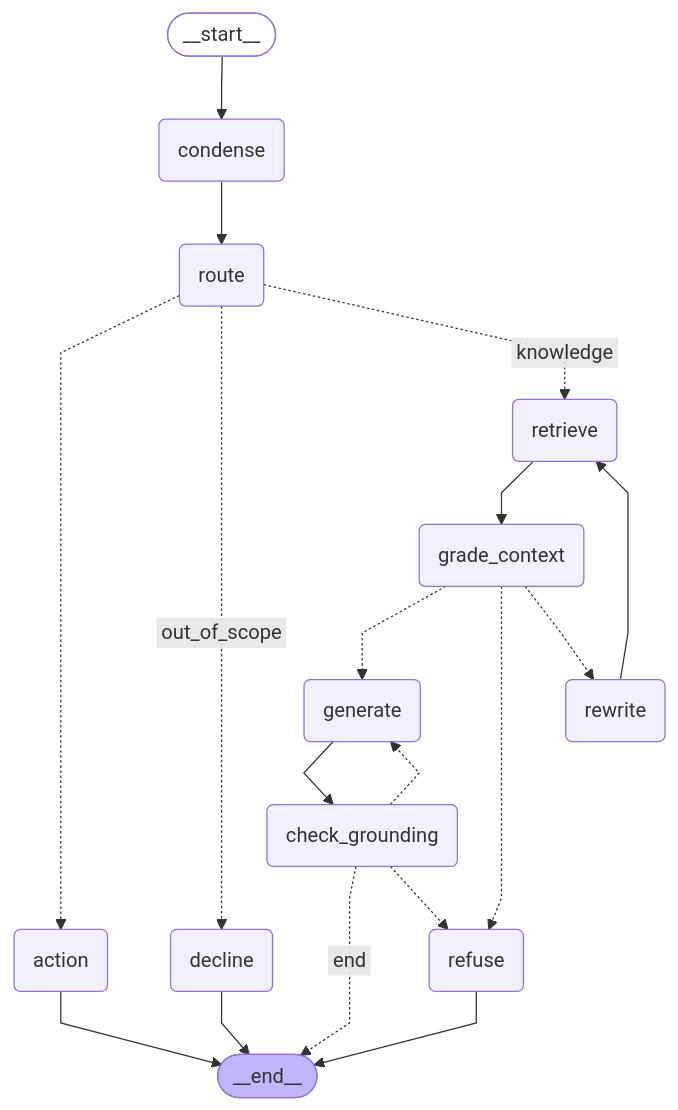
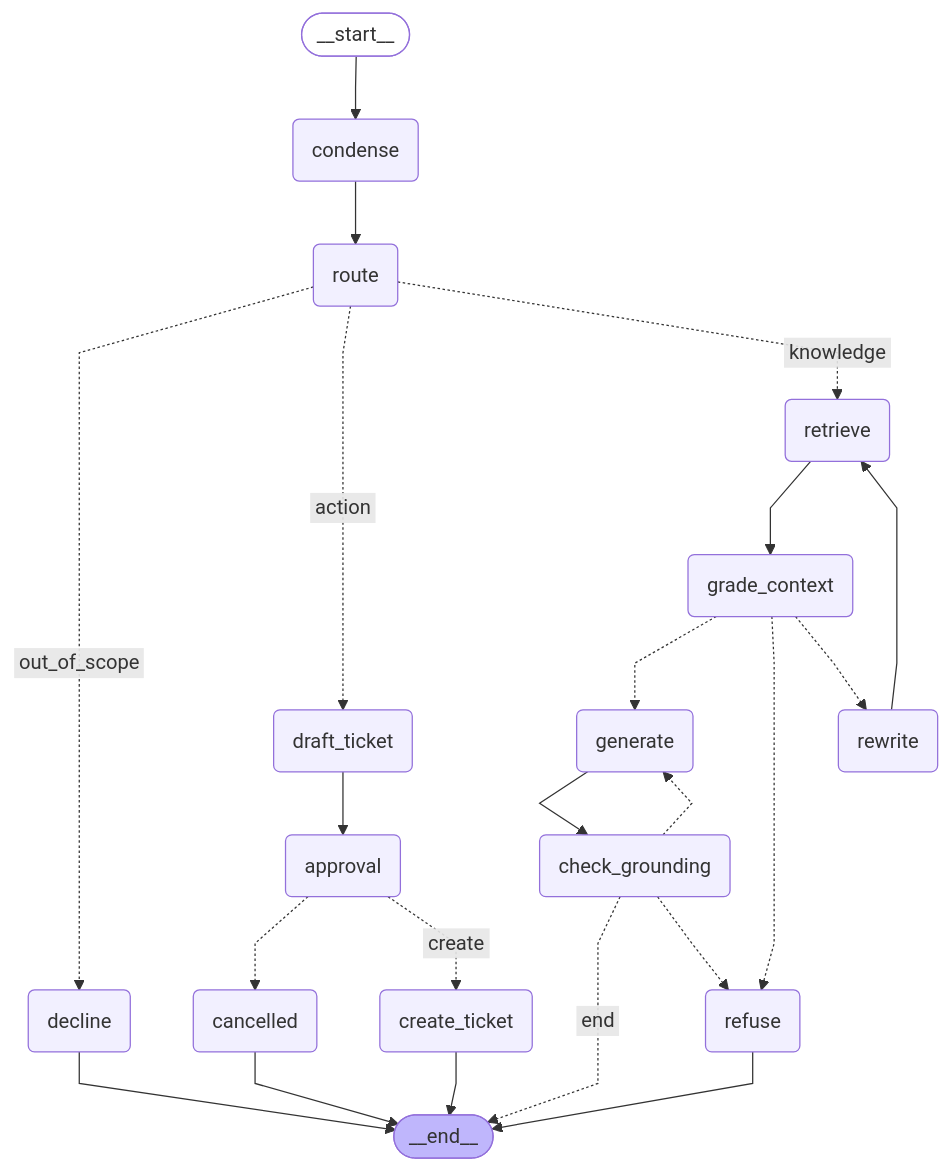
The diagram in docs/graph.mmd (DevBachani/securerag), drawn with Mermaid before and after one commit. The commit also changed 11 other files, not shown here.

First line of the commit message:
feat(agent): ticket tool with human-in-the-loop approval

```diff
--- a/docs/graph.mmd
+++ b/docs/graph.mmd
@@ -1,38 +1,45 @@
 ---
 config:
   flowchart:
     curve: linear
 ---
 graph TD;
 	__start__([<p>__start__</p>]):::first
 	condense(condense)
 	route(route)
 	retrieve(retrieve)
 	grade_context(grade_context)
 	rewrite(rewrite)
 	generate(generate)
 	check_grounding(check_grounding)
 	refuse(refuse)
 	decline(decline)
-	action(action)
+	draft_ticket(draft_ticket)
+	approval(approval)
+	create_ticket(create_ticket)
+	cancelled(cancelled)
 	__end__([<p>__end__</p>]):::last
 	__start__ --> condense;
+	approval -.-> cancelled;
+	approval -. &nbsp;create&nbsp; .-> create_ticket;
 	check_grounding -. &nbsp;end&nbsp; .-> __end__;
 	check_grounding -.-> generate;
 	check_grounding -.-> refuse;
 	condense --> route;
+	draft_ticket --> approval;
 	generate --> check_grounding;
 	grade_context -.-> generate;
 	grade_context -.-> refuse;
 	grade_context -.-> rewrite;
 	retrieve --> grade_context;
 	rewrite --> retrieve;
-	route -.-> action;
 	route -. &nbsp;out_of_scope&nbsp; .-> decline;
+	route -. &nbsp;action&nbsp; .-> draft_ticket;
 	route -. &nbsp;knowledge&nbsp; .-> retrieve;
-	action --> __end__;
+	cancelled --> __end__;
+	create_ticket --> __end__;
 	decline --> __end__;
 	refuse --> __end__;
 	classDef default fill:#f2f0ff,line-height:1.2
 	classDef first fill-opacity:0
 	classDef last fill:#bfb6fc
```
